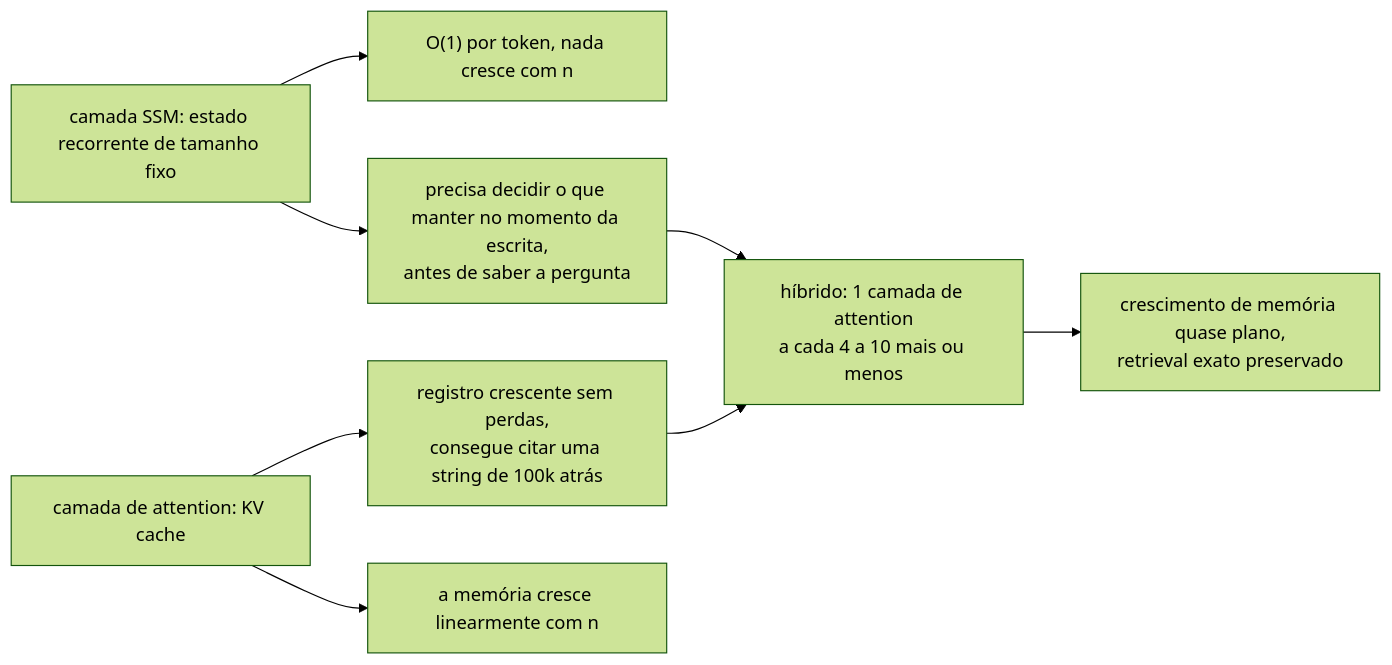
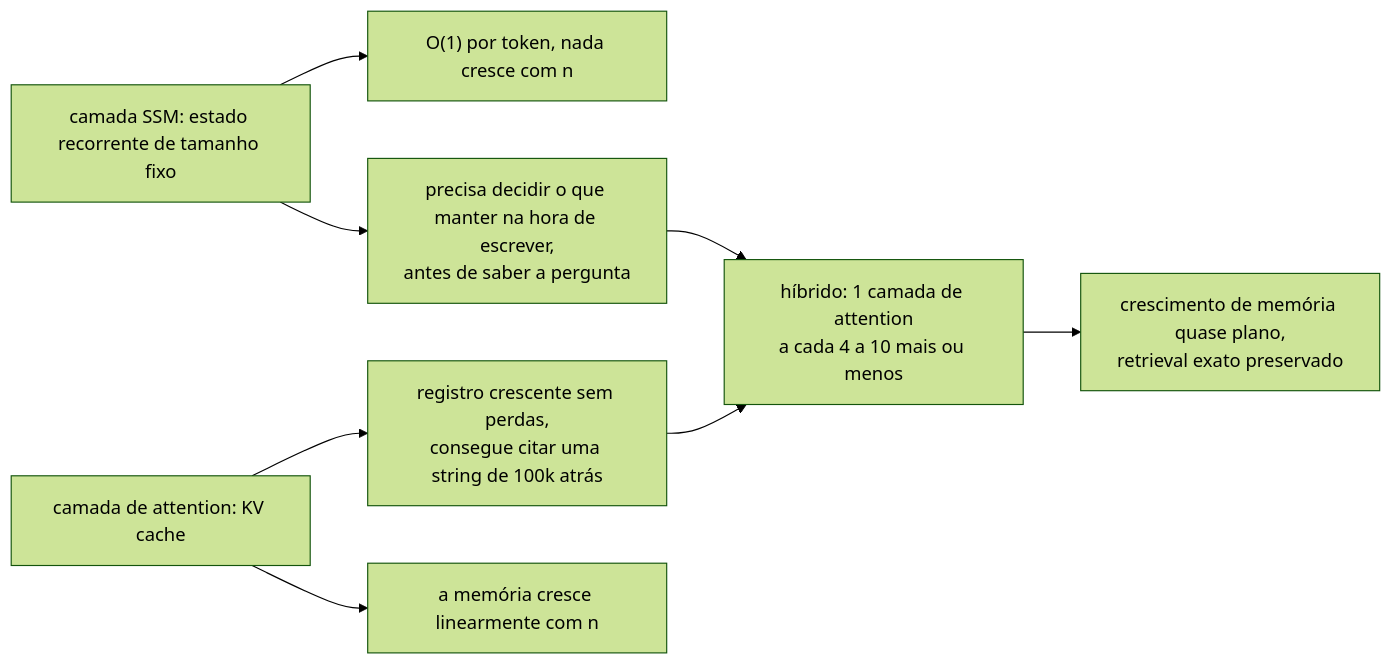
Before and after one commit to andrevberaldo/AI-Engineer-Interview-Questions: diagram 26 of 34 in 02-llm-fundamentals/questions.pt-BR.md, drawn with Mermaid (forest theme). The commit also changed other lines of this file and 1 other file, not shown here.

````diff
--- a/02-llm-fundamentals/questions.pt-BR.md
+++ b/02-llm-fundamentals/questions.pt-BR.md
@@ -1145,10 +1145,10 @@
 ```mermaid
 flowchart LR
     A["camada SSM: estado recorrente de tamanho fixo"] --> B["O(1) por token, nada cresce com n"]
-    A --> C["precisa decidir o que manter no momento da escrita,<br/>antes de saber a pergunta"]
+    A --> C["precisa decidir o que manter na hora de escrever,<br/>antes de saber a pergunta"]
     D["camada de attention: KV cache"] --> E["registro crescente sem perdas,<br/>consegue citar uma string de 100k atrás"]
     D --> F["a memória cresce linearmente com n"]
     C --> HY["híbrido: 1 camada de attention<br/>a cada 4 a 10 mais ou menos"]
     E --> HY
     HY --> R["crescimento de memória quase plano,<br/>retrieval exato preservado"]
 ```
````
